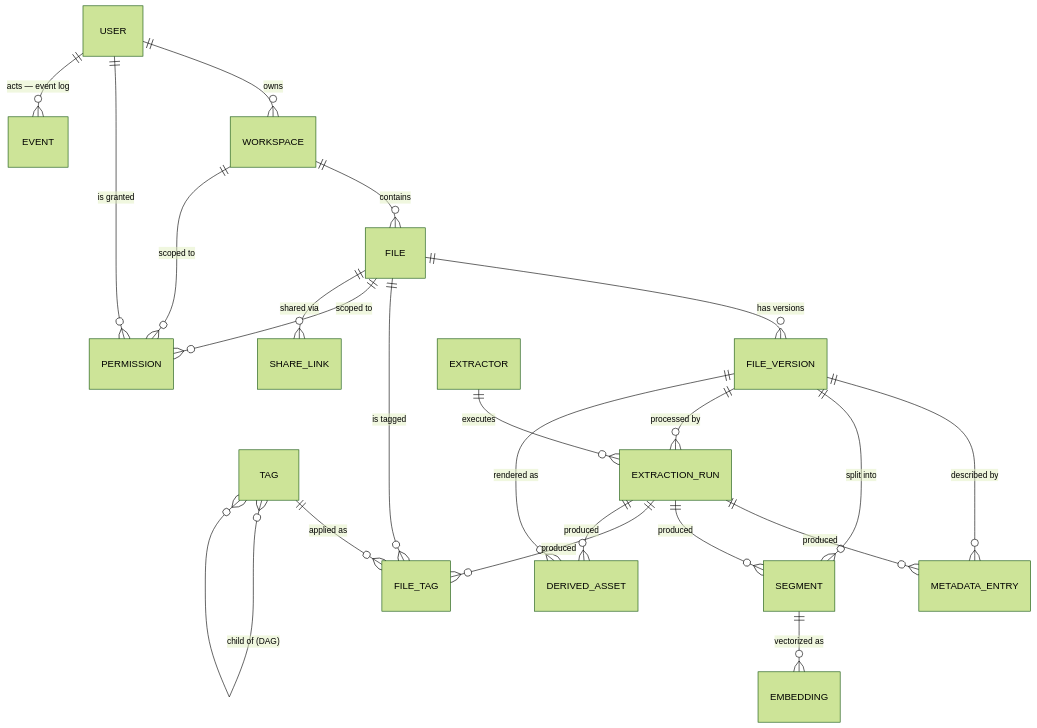
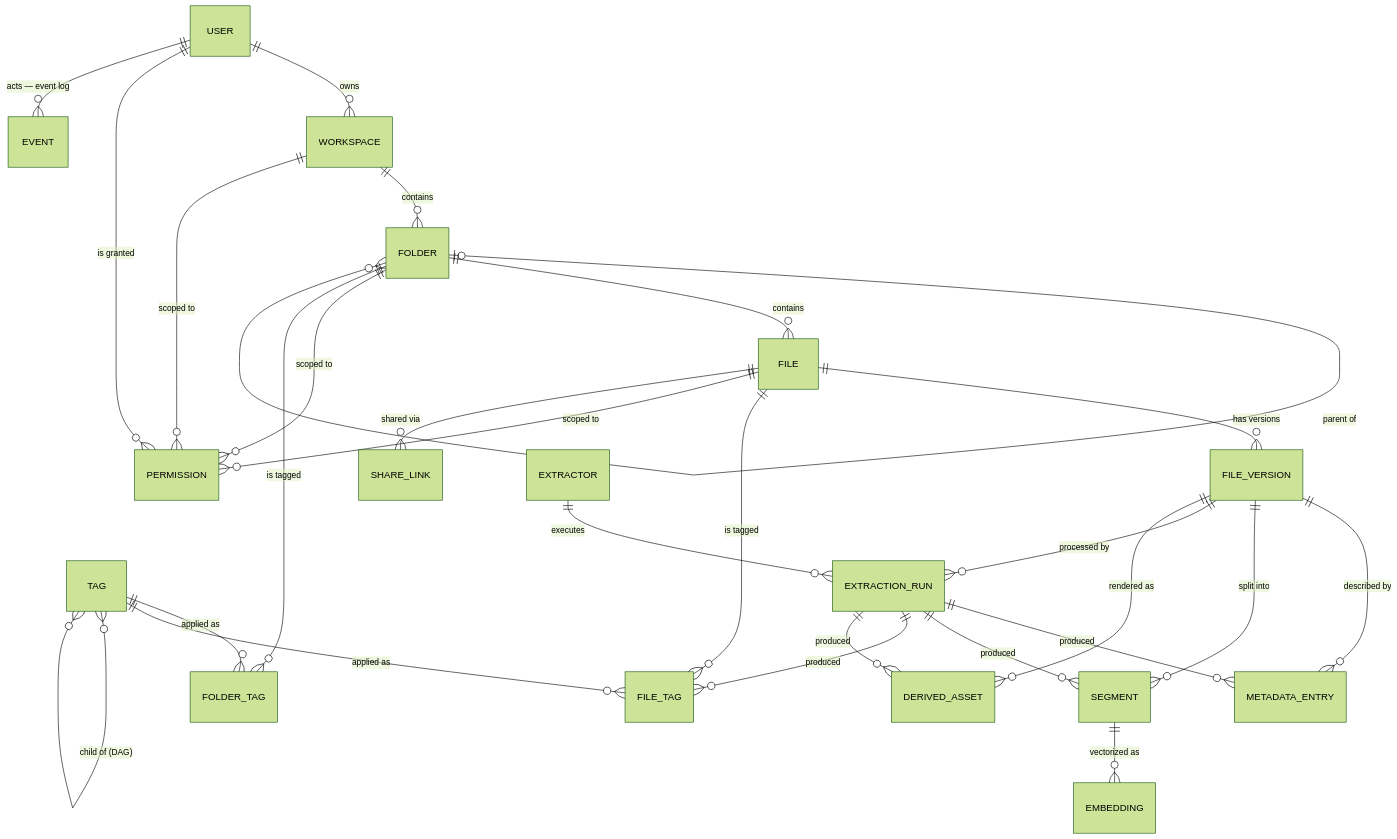
The diagram in specs/02-domain-model.md (Andreas-Menzel/store-everything), drawn with Mermaid (forest theme) before and after one commit. The commit also changed other lines of this file and 19 other files, not shown here.

````diff
--- a/specs/02-domain-model.md
+++ b/specs/02-domain-model.md
@@ -8,24 +8,29 @@
 ```mermaid
 erDiagram
     USER ||--o{ WORKSPACE : owns
     USER ||--o{ PERMISSION : "is granted"
-    WORKSPACE ||--o{ FILE : contains
+    WORKSPACE ||--o{ FOLDER : contains
     WORKSPACE ||--o{ PERMISSION : "scoped to"
+    FOLDER |o--o{ FOLDER : "parent of"
+    FOLDER ||--o{ FILE : contains
+    FOLDER ||--o{ PERMISSION : "scoped to"
+    FOLDER ||--o{ FOLDER_TAG : "is tagged"
+    TAG ||--o{ FOLDER_TAG : "applied as"
     FILE ||--o{ FILE_VERSION : "has versions"
     FILE ||--o{ FILE_TAG : "is tagged"
     FILE ||--o{ PERMISSION : "scoped to"
     FILE ||--o{ SHARE_LINK : "shared via"
     TAG ||--o{ FILE_TAG : "applied as"
     TAG }o--o{ TAG : "child of (DAG)"
     USER ||--o{ EVENT : "acts — event log"
     FILE_VERSION ||--o{ METADATA_ENTRY : "described by"
     FILE_VERSION ||--o{ SEGMENT : "split into"
     FILE_VERSION ||--o{ EXTRACTION_RUN : "processed by"
     FILE_VERSION ||--o{ DERIVED_ASSET : "rendered as"
     SEGMENT ||--o{ EMBEDDING : "vectorized as"
     EXTRACTION_RUN ||--o{ METADATA_ENTRY : produced
     EXTRACTION_RUN ||--o{ SEGMENT : produced
     EXTRACTION_RUN ||--o{ FILE_TAG : produced
     EXTRACTION_RUN ||--o{ DERIVED_ASSET : produced
     EXTRACTOR ||--o{ EXTRACTION_RUN : executes
 ```
````
